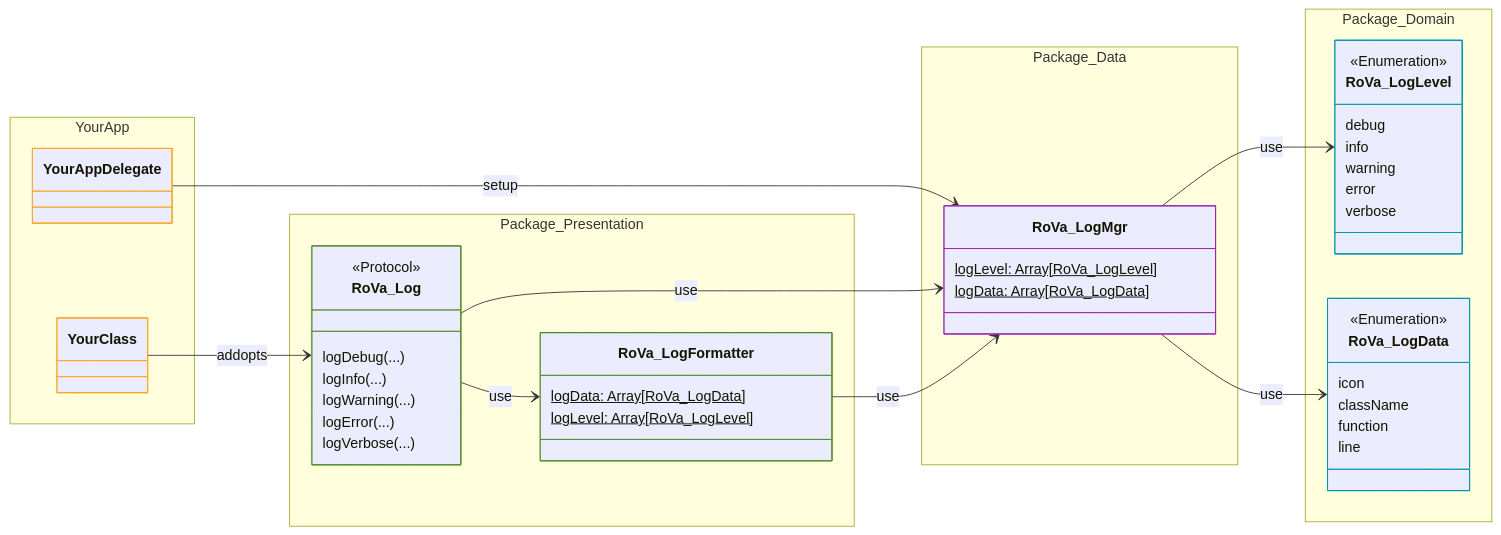
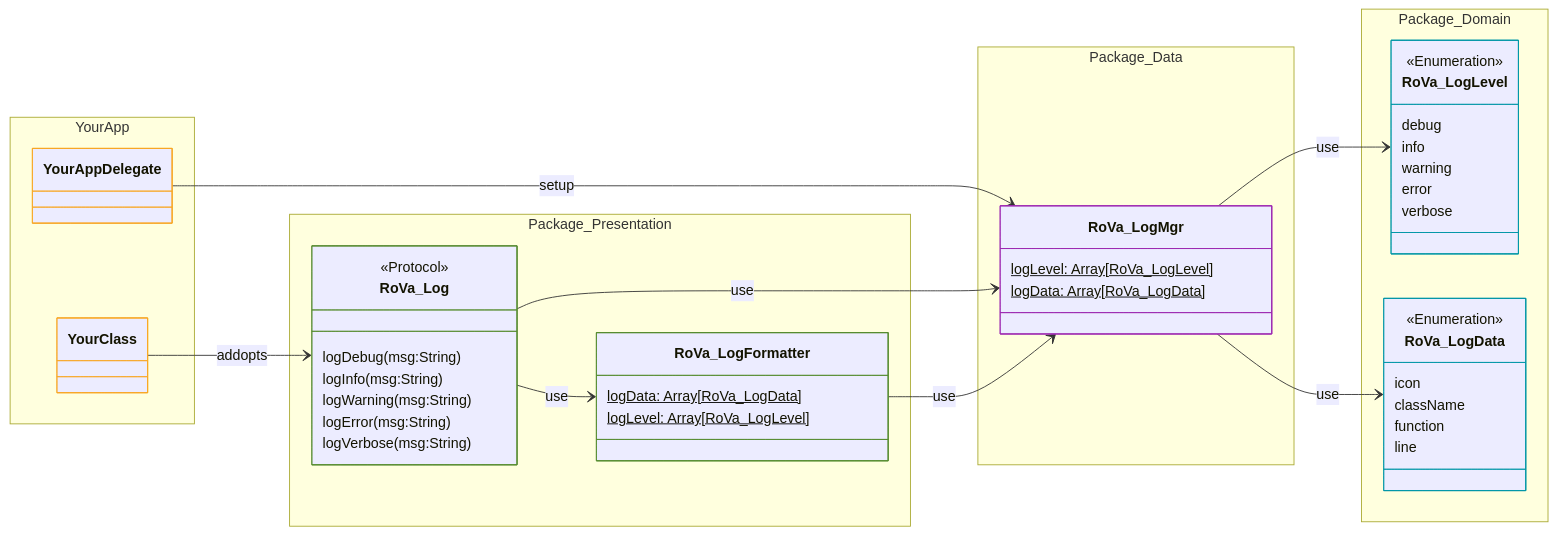
One commit to RoVaMx/RoVaLog changed the diagram in README.md. Above: the diagram before and after it, drawn with Mermaid.

````diff
--- a/README.md
+++ b/README.md
@@ -51,78 +51,78 @@
 ```mermaid
 classDiagram
     direction LR
 
     %% - - - - - - - - - - - - - - - - - - - - - - - - - - - - - -
     %% Classes
 
     namespace YourApp {        
         class YourClass {
         }
         class YourAppDelegate {
         }
     }
     
     namespace Package_Presentation {
         class RoVa_Log {
             <<Protocol>>
-            logDebug(...)
-            logInfo(...)
-            logWarning(...)
-            logError(...)
-            logVerbose(...)
+            logDebug(msg:String)
+            logInfo(msg:String)
+            logWarning(msg:String)
+            logError(msg:String)
+            logVerbose(msg:String)
         }
         class RoVa_LogFormatter {
             logData: Array[RoVa_LogData]$
             logLevel: Array[RoVa_LogLevel]$
         }
     }
 
     namespace Package_Data {
         class RoVa_LogMgr {
             logLevel: Array[RoVa_LogLevel]$
             logData: Array[RoVa_LogData]$
         }        
     }
 
     namespace Package_Domain {
         class RoVa_LogLevel {
             <<Enumeration>>
             debug
             info
             warning
             error
             verbose
         }
         class RoVa_LogData {
             <<Enumeration>>
             icon
             className
             function
             line
         }       
     }
 
     %% - - - - - - - - - - - - - - - - - - - - - - - - - - - - - -
     %% Styles
     
     style YourClass stroke:#F9A825
     style YourAppDelegate stroke:#F9A825
     style RoVa_Log stroke:#558B2F
     style RoVa_LogFormatter stroke:#558B2F
     style RoVa_LogMgr stroke:#9C27B0
     style RoVa_LogLevel stroke:#0097A7
     style RoVa_LogData stroke:#0097A7
     
     %% - - - - - - - - - - - - - - - - - - - - - - - - - - - - - -
     %% Connections 
     
     YourClass-->RoVa_Log : addopts
     YourAppDelegate-->RoVa_LogMgr : setup
 
     RoVa_Log-->RoVa_LogMgr : use
     RoVa_Log-->RoVa_LogFormatter : use
     RoVa_LogFormatter-->RoVa_LogMgr : use
 
     RoVa_LogMgr-->RoVa_LogLevel : use
     RoVa_LogMgr-->RoVa_LogData : use
 ```
````
